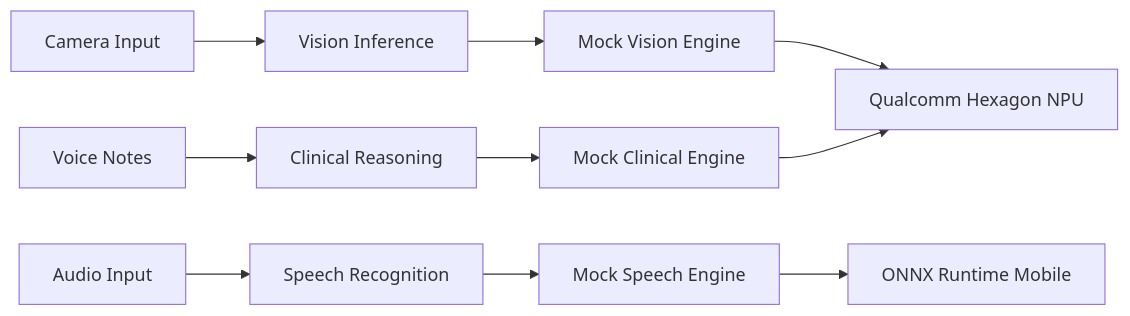
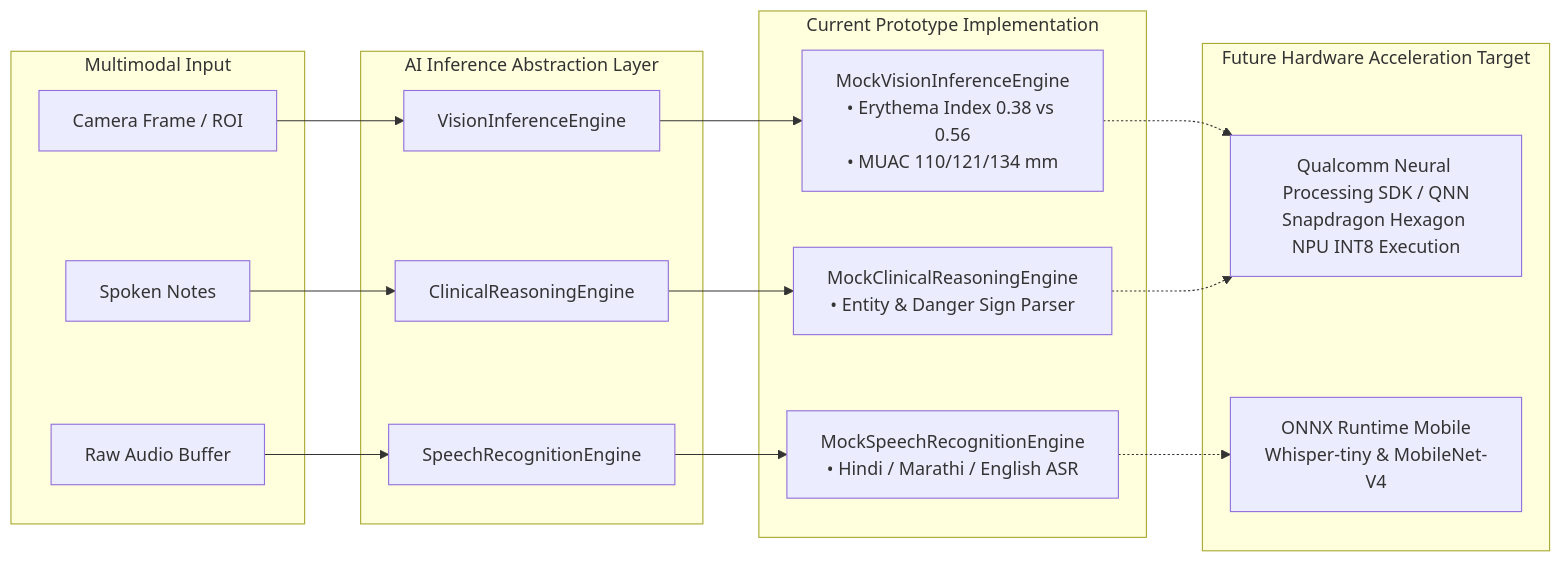
Before and after one commit to SarthakNC/Nidan-AI---IQOO-INDIA-HACKATHON-IDEA-SUBMISSION: the third of 5 diagrams in README.md, drawn with Mermaid. The commit also changed other lines of this file, not shown here.

````diff
--- a/README.md
+++ b/README.md
@@ -245,29 +234,33 @@
 ```mermaid
-graph LR
-    CAM["Camera Input"]
-    MIC["Audio Input"]
-    TEXT["Voice Notes"]
+flowchart LR
+    subgraph Input ["Multimodal Input"]
+        Cam[Camera Frame / ROI]
+        Mic[Raw Audio Buffer]
+        Text[Spoken Notes]
+    end
 
-    VIE["Vision Inference"]
-    SRE["Speech Recognition"]
-    CRE["Clinical Reasoning"]
+    subgraph Abstraction ["AI Inference Abstraction Layer"]
+        VIE[VisionInferenceEngine]
+        SRE[SpeechRecognitionEngine]
+        CRE[ClinicalReasoningEngine]
+    end
 
-    MVIE["Mock Vision Engine"]
-    MSRE["Mock Speech Engine"]
-    MCRE["Mock Clinical Engine"]
+    subgraph Engine ["Current Prototype Implementation"]
+        MVIE[MockVisionInferenceEngine<br/>• Erythema Index 0.38 vs 0.56<br/>• MUAC 110/121/134 mm]
+        MSRE[MockSpeechRecognitionEngine<br/>• Hindi / Marathi / English ASR]
+        MCRE[MockClinicalReasoningEngine<br/>• Entity & Danger Sign Parser]
+    end
 
-    QNN["Qualcomm Hexagon NPU"]
-    ONNX["ONNX Runtime Mobile"]
+    subgraph Target ["Future Hardware Acceleration Target"]
+        QNN[Qualcomm Neural Processing SDK / QNN<br/>Snapdragon Hexagon NPU INT8 Execution]
+        ONNX[ONNX Runtime Mobile<br/>Whisper-tiny & MobileNet-V4]
+    end
 
-    CAM --> VIE
-    MIC --> SRE
-    TEXT --> CRE
+    Cam --> VIE
+    Mic --> SRE
+    Text --> CRE
 
-    VIE --> MVIE
-    SRE --> MSRE
-    CRE --> MCRE
-
-    MVIE --> QNN
-    MSRE --> ONNX
-    MCRE --> QNN
+    VIE --> MVIE -.-> QNN
+    SRE --> MSRE -.-> ONNX
+    CRE --> MCRE -.-> QNN
 ```
````
